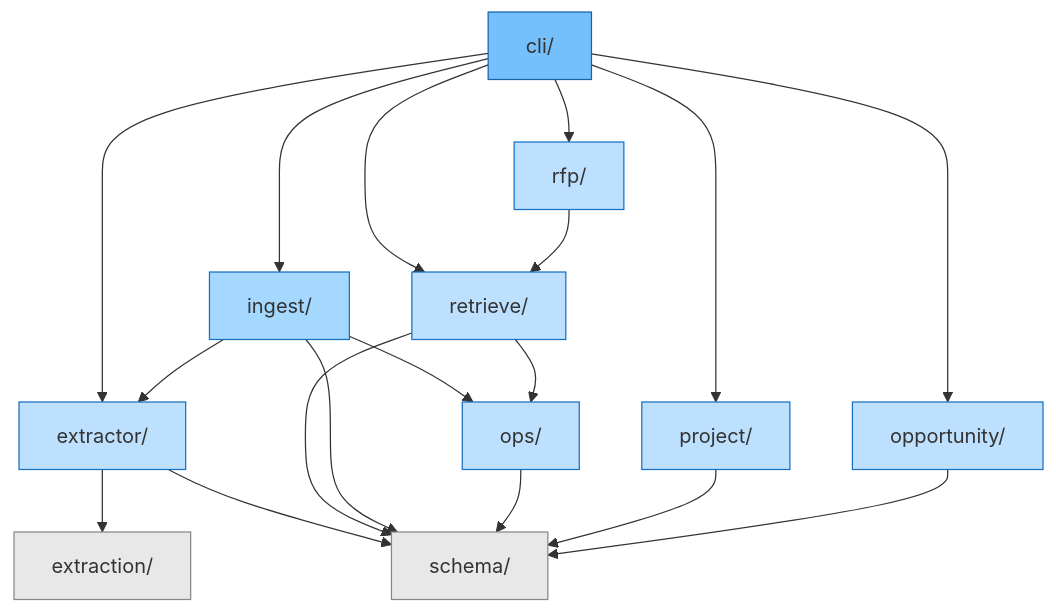
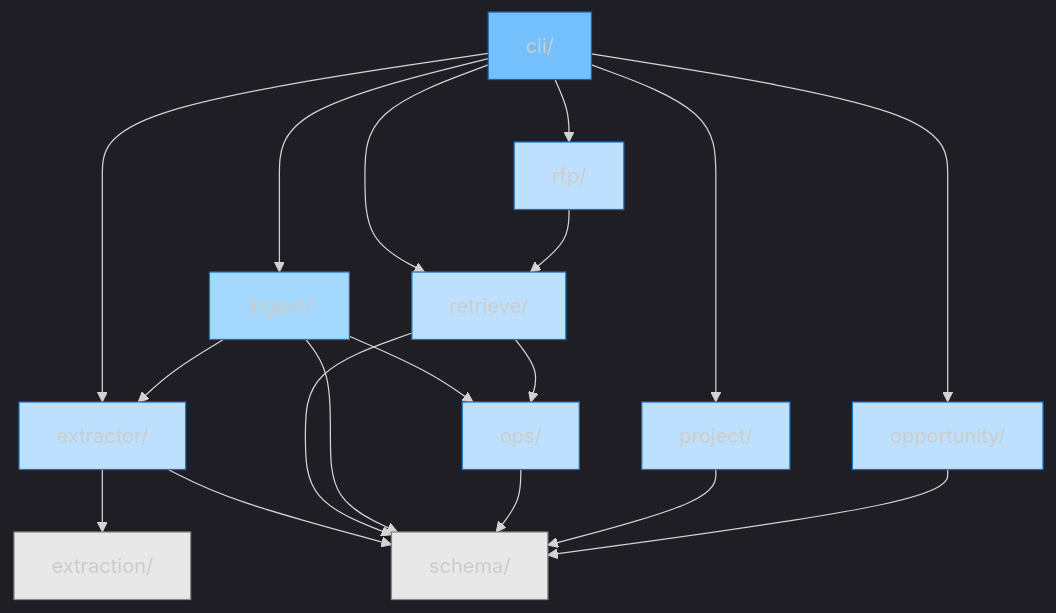
Before and after one commit to rdwornik/corp-monorepo: the first of 2 diagrams in ARCHITECTURE.md, drawn with Mermaid. The commit also changed other lines of this file, not shown here.

Commit message:
fix(architecture): add dark-theme directive to mermaid blocks
Prepend %%{init: {'theme':'dark'}}%% to both mermaid blocks in
ARCHITECTURE.md (hand-authored codemap + layer model) per .dev-knowledge
ADR-51 amendment 2026-05-28. Diagram structure unchanged.

````diff
--- a/ARCHITECTURE.md
+++ b/ARCHITECTURE.md
@@ -35,47 +35,48 @@
 ```mermaid
+%%{init: {'theme':'dark'}}%%
 flowchart TD
     cli[cli/]:::interface
     ingest[ingest/]:::orchestration
     extractor[extractor/]:::core
     retrieve[retrieve/]:::core
     project[project/]:::core
     opportunity[opportunity/]:::core
     rfp[rfp/]:::core
     ops[ops/]:::core
     schema[schema/]:::foundation
     extraction[extraction/]:::foundation
 
     cli --> ingest
     cli --> retrieve
     cli --> extractor
     cli --> project
     cli --> opportunity
     cli --> rfp
     ingest --> extractor
     ingest --> ops
     extractor --> extraction
     extractor --> schema
     retrieve --> ops
     retrieve --> schema
     ingest --> schema
     ops --> schema
     project --> schema
     opportunity --> schema
     rfp --> retrieve
 
     classDef foundation fill:#e8e8e8,stroke:#888
     classDef core fill:#bde0fe,stroke:#1971c2
     classDef orchestration fill:#a5d8ff,stroke:#1971c2
     classDef interface fill:#74c0fc,stroke:#1864ab
 
     click schema href "src/corp/schema/" "Open schema"
     click extractor href "src/corp/extractor/" "Open extractor"
     click extraction href "src/corp/extraction/" "Open extraction"
     click ingest href "src/corp/ingest/" "Open ingest"
     click ops href "src/corp/ops/" "Open ops"
     click retrieve href "src/corp/retrieve/" "Open retrieve"
     click project href "src/corp/project/" "Open project"
     click opportunity href "src/corp/opportunity/" "Open opportunity"
     click rfp href "src/corp/rfp/" "Open rfp"
     click cli href "src/corp/cli/" "Open cli"
 ```
````
